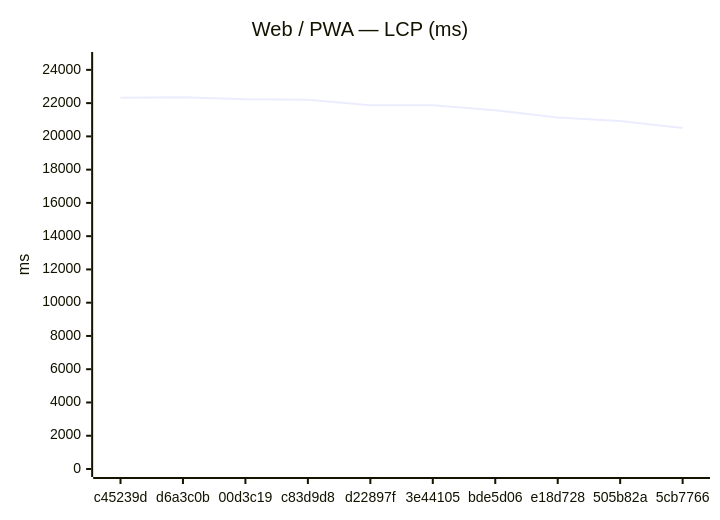
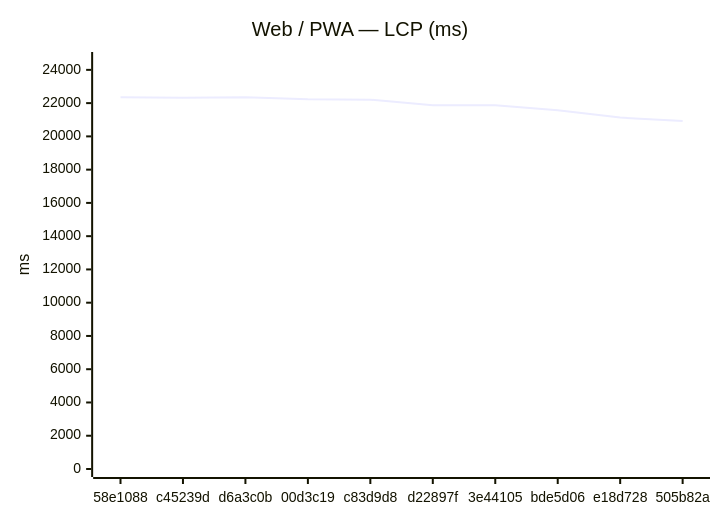
The first of 18 diagrams in benchmarks/compare.md (Metaheurist/Rianell), drawn with Mermaid before and after one commit. The commit also changed other lines of this file and 11 other files, not shown here.

````diff
--- a/benchmarks/compare.md
+++ b/benchmarks/compare.md
@@ -24,7 +24,7 @@
 ```mermaid
 xychart-beta
     title "Web / PWA — LCP (ms)"
-    x-axis ["c45239d", "d6a3c0b", "00d3c19", "c83d9d8", "d22897f", "3e44105", "bde5d06", "e18d728", "505b82a", "5cb7766"]
+    x-axis ["58e1088", "c45239d", "d6a3c0b", "00d3c19", "c83d9d8", "d22897f", "3e44105", "bde5d06", "e18d728", "505b82a"]
     y-axis "ms" 0 --> 24593
-    line [22326, 22357, 22240, 22209, 21878, 21870, 21566, 21132, 20925, 20504]
+    line [22351, 22326, 22357, 22240, 22209, 21878, 21870, 21566, 21132, 20925]
 ```
````
